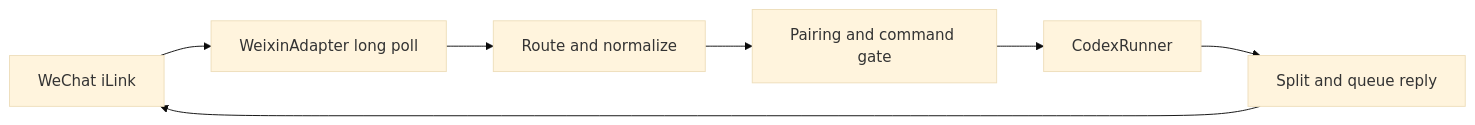
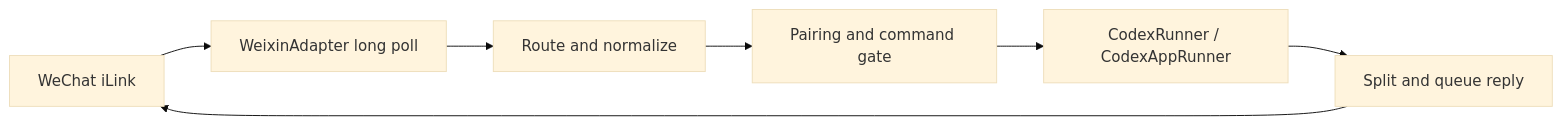
Before and after one commit to xiaohan17182615/cp_telegraph: the diagram in docs/architecture.md, drawn with Mermaid (base theme). The commit also changed other lines of this file and 7 other files, not shown here.

Commit message:
feat: add native Codex app-server runner

````diff
--- a/docs/architecture.md
+++ b/docs/architecture.md
@@ -26,9 +27,9 @@
 ```mermaid
 flowchart LR
   WX["WeChat iLink"] --> Poll["WeixinAdapter long poll"]
   Poll --> Route["Route and normalize"]
   Route --> Pair["Pairing and command gate"]
-  Pair --> Codex["CodexRunner"]
+  Pair --> Codex["CodexRunner / CodexAppRunner"]
   Codex --> Split["Split and queue reply"]
   Split --> WX
 ```
````
